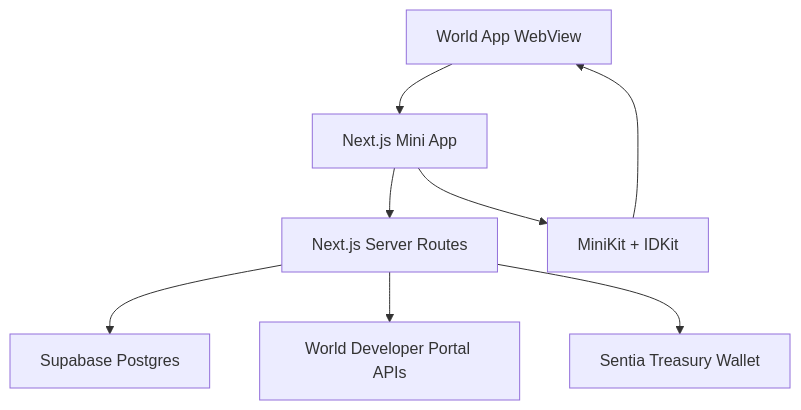
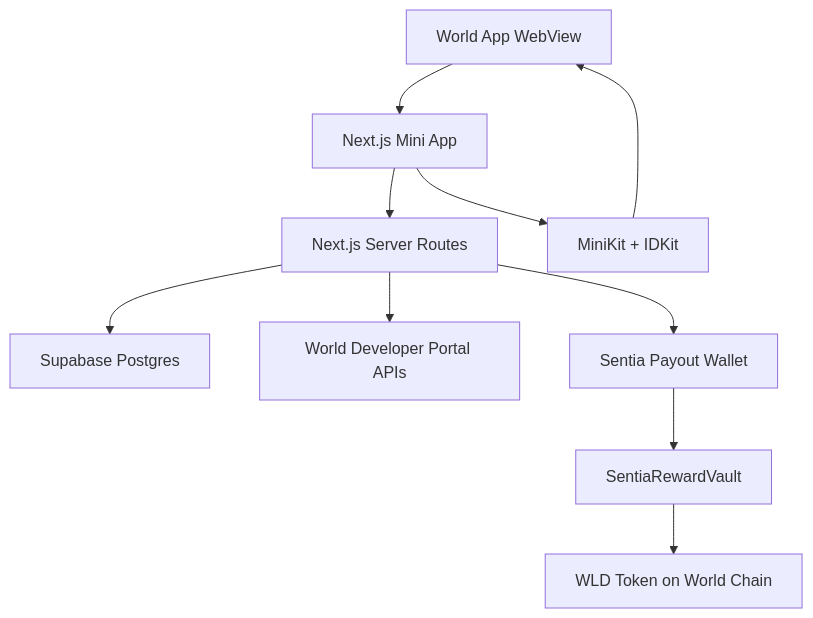
One commit to 0xredg/sentia changed the first of 3 diagrams in wiki/architecture/technical-architecture.md. Above: the diagram before and after it, drawn with Mermaid. The commit also changed other lines of this file and 6 other files, not shown here.

First line of the commit message:
Document real World Chain reward vault architecture

````diff
--- a/wiki/architecture/technical-architecture.md
+++ b/wiki/architecture/technical-architecture.md
@@ -5,10 +5,12 @@
 ```mermaid
 flowchart TD
   A[World App WebView] --> B[Next.js Mini App]
   B --> C[Next.js Server Routes]
   C --> D[Supabase Postgres]
   C --> E[World Developer Portal APIs]
-  C --> F[Sentia Treasury Wallet]
   B --> G[MiniKit + IDKit]
   G --> A
+  C --> F[Sentia Payout Wallet]
+  F --> H[SentiaRewardVault]
+  H --> I[WLD Token on World Chain]
 ```
````
